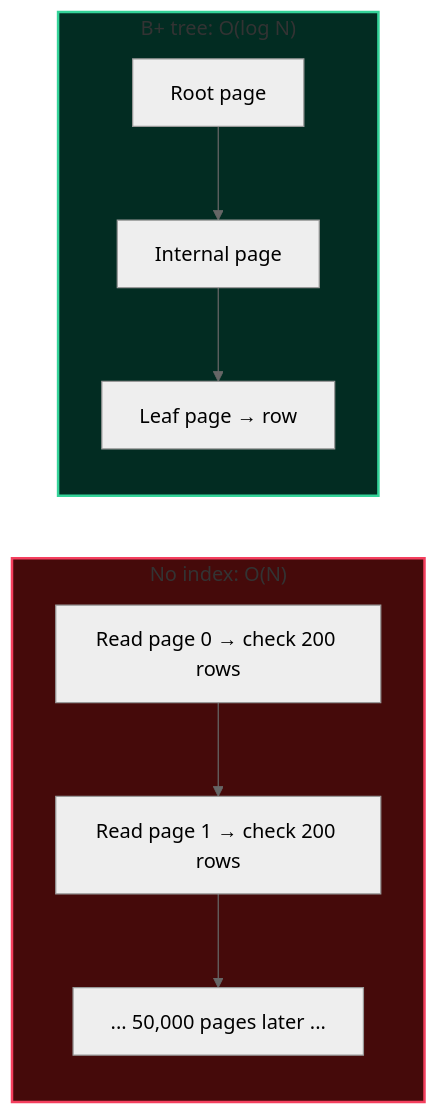
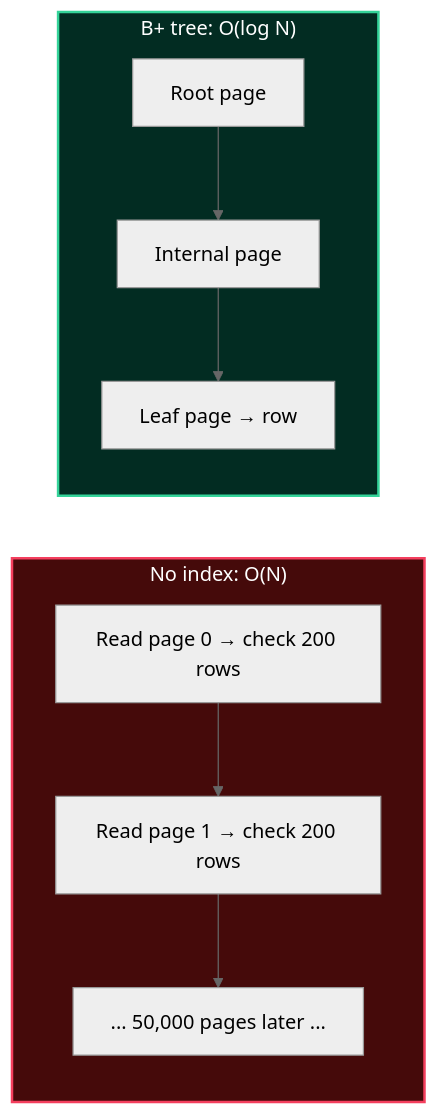
The diagram in content/docs/databases-sql/02-indexing-and-query-tuning/02-indexes-btree-hash-and-beyond.mdx (1345AbhishekKumar/cs-cookbook), drawn with Mermaid (neutral theme) before and after one commit. The commit also changed 80 other files, not shown here.

````diff
--- a/content/docs/databases-sql/02-indexing-and-query-tuning/02-indexes-btree-hash-and-beyond.mdx
+++ b/content/docs/databases-sql/02-indexing-and-query-tuning/02-indexes-btree-hash-and-beyond.mdx
@@ -15,20 +15,20 @@
 ```mermaid
 flowchart LR
     subgraph Noidx["No index: O(N)"]
         direction TB
         A1["Read page 0 → check 200 rows"]
         A2["Read page 1 → check 200 rows"]
         A3["... 50,000 pages later ..."]
         A1 --> A2 --> A3
     end
     subgraph Withidx["B+ tree: O(log N)"]
         direction TB
         B1["Root page"]
         B2["Internal page"]
         B3["Leaf page → row"]
         B1 --> B2 --> B3
     end
 
-    style Noidx fill:#450a0a,stroke:#f43f5e,stroke-width:2px
-    style Withidx fill:#022c22,stroke:#34d399,stroke-width:2px
+    style Noidx fill:#450a0a,stroke:#f43f5e,stroke-width:2px,color:#ffffff
+    style Withidx fill:#022c22,stroke:#34d399,stroke-width:2px,color:#ffffff
 ```
````
